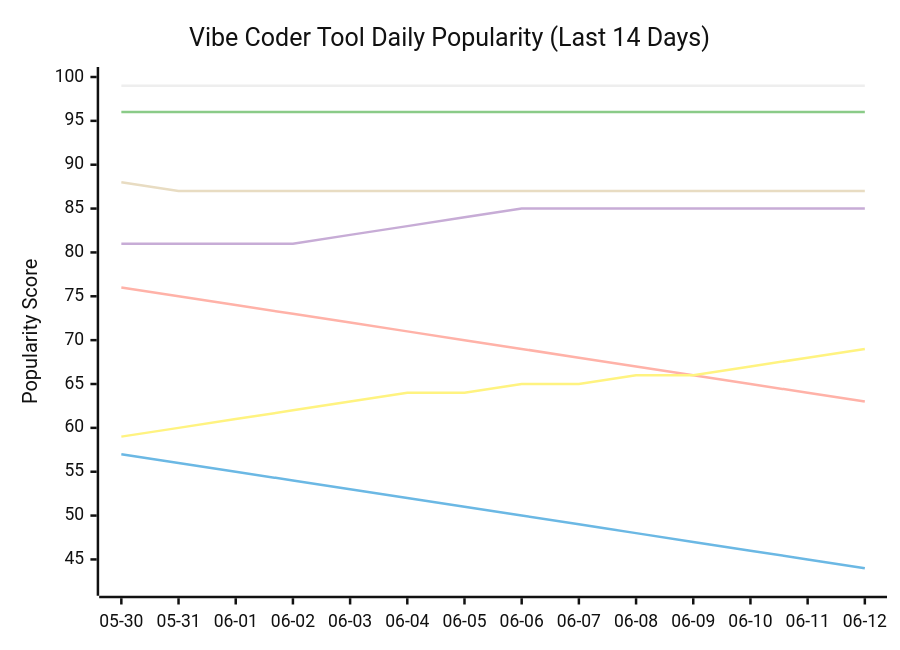
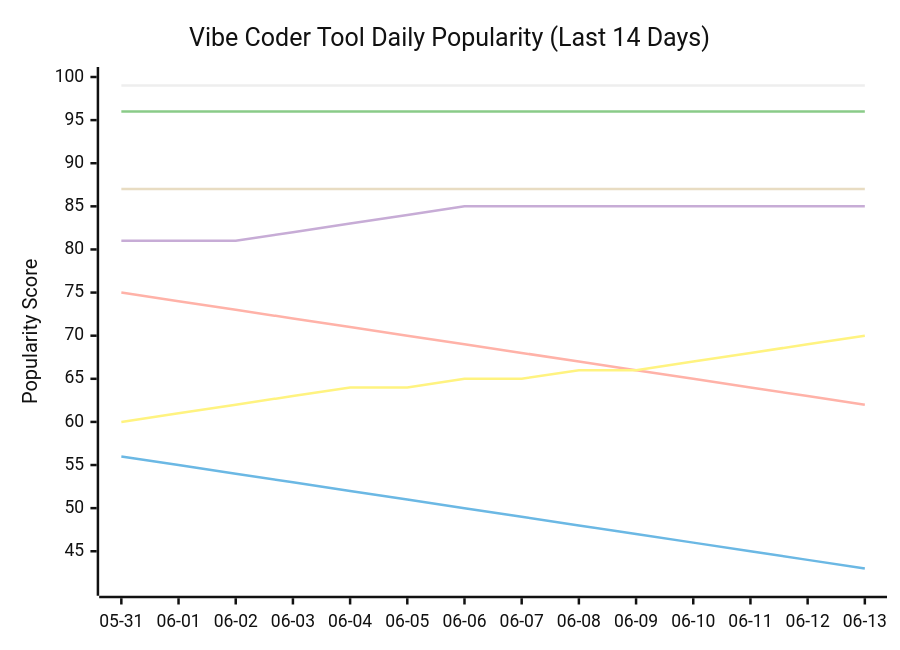
Before and after one commit to tykimos/ai-whatchelin: the seventh of 11 diagrams in README.md, drawn with Mermaid (neutral theme). The commit also changed other lines of this file and 4 other files, not shown here.

````diff
--- a/README.md
+++ b/README.md
@@ -1541,13 +1564,13 @@
 ```mermaid
 xychart-beta
     title "Vibe Coder Tool Daily Popularity (Last 14 Days)"
-    x-axis ["05-30", "05-31", "06-01", "06-02", "06-03", "06-04", "06-05", "06-06", "06-07", "06-08", "06-09", "06-10", "06-11", "06-12"]
-    y-axis "Popularity Score" 42 --> 100
+    x-axis ["05-31", "06-01", "06-02", "06-03", "06-04", "06-05", "06-06", "06-07", "06-08", "06-09", "06-10", "06-11", "06-12", "06-13"]
+    y-axis "Popularity Score" 41 --> 100
     line "Claude Code" [99, 99, 99, 99, 99, 99, 99, 99, 99, 99, 99, 99, 99, 99]
-    line "GH Copilot" [57, 56, 55, 54, 53, 52, 51, 50, 49, 48, 47, 46, 45, 44]
+    line "GH Copilot" [56, 55, 54, 53, 52, 51, 50, 49, 48, 47, 46, 45, 44, 43]
     line "Cursor" [96, 96, 96, 96, 96, 96, 96, 96, 96, 96, 96, 96, 96, 96]
-    line "Windsurf" [81, 81, 81, 81, 82, 83, 84, 85, 85, 85, 85, 85, 85, 85]
-    line "Codex CLI" [88, 87, 87, 87, 87, 87, 87, 87, 87, 87, 87, 87, 87, 87]
-    line "Gemini CLI" [76, 75, 74, 73, 72, 71, 70, 69, 68, 67, 66, 65, 64, 63]
-    line "Antigravity" [59, 60, 61, 62, 63, 64, 64, 65, 65, 66, 66, 67, 68, 69]
+    line "Windsurf" [81, 81, 81, 82, 83, 84, 85, 85, 85, 85, 85, 85, 85, 85]
+    line "Codex CLI" [87, 87, 87, 87, 87, 87, 87, 87, 87, 87, 87, 87, 87, 87]
+    line "Gemini CLI" [75, 74, 73, 72, 71, 70, 69, 68, 67, 66, 65, 64, 63, 62]
+    line "Antigravity" [60, 61, 62, 63, 64, 64, 65, 65, 66, 66, 67, 68, 69, 70]
 ```
````
